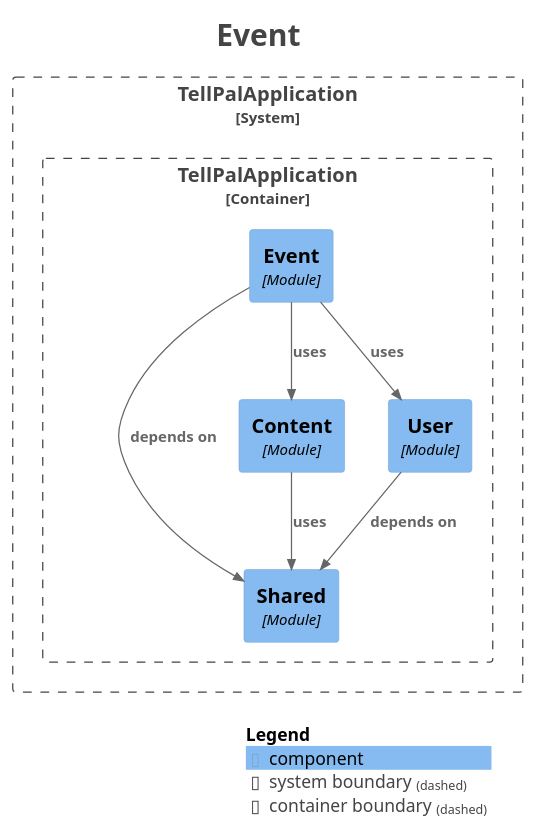
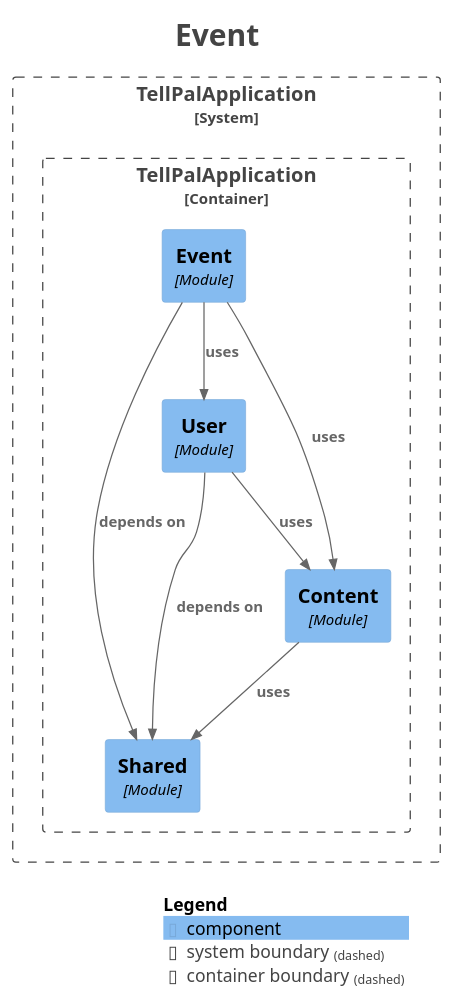
Before and after one commit to gurhann/tellpalv2: the diagram in be/docs/modulith/module-event.puml, drawn with PlantUML. The commit also changed 62 other files, not shown here.

```diff
--- a/be/docs/modulith/module-event.puml
+++ b/be/docs/modulith/module-event.puml
@@ -1,36 +1,37 @@
 @startuml
 title <size:24>Event</size>
 
 set separator none
 top to bottom direction
 
 <style>
   root {
     BackgroundColor: #ffffff
     FontColor: #444444
   }
 </style>
 
 !include <C4/C4>
 !include <C4/C4_Context>
 !include <C4/C4_Component>
 
 System_Boundary("TellPalApplication_boundary", "TellPalApplication", $tags="") {
   Container_Boundary("TellPalApplication.TellPalApplication_boundary", "TellPalApplication", $tags="") {
     Component(TellPalApplication.TellPalApplication.Shared, "Shared", $techn="Module", $descr="", $tags="", $link="")
     Component(TellPalApplication.TellPalApplication.Content, "Content", $techn="Module", $descr="", $tags="", $link="")
     Component(TellPalApplication.TellPalApplication.User, "User", $techn="Module", $descr="", $tags="", $link="")
     Component(TellPalApplication.TellPalApplication.Event, "Event", $techn="Module", $descr="", $tags="", $link="")
   }
 
 }
 
+Rel(TellPalApplication.TellPalApplication.Content, TellPalApplication.TellPalApplication.Shared, "uses", $techn="", $tags="", $link="")
 Rel(TellPalApplication.TellPalApplication.Event, TellPalApplication.TellPalApplication.Shared, "depends on", $techn="", $tags="", $link="")
 Rel(TellPalApplication.TellPalApplication.Event, TellPalApplication.TellPalApplication.Content, "uses", $techn="", $tags="", $link="")
 Rel(TellPalApplication.TellPalApplication.Event, TellPalApplication.TellPalApplication.User, "uses", $techn="", $tags="", $link="")
-Rel(TellPalApplication.TellPalApplication.Content, TellPalApplication.TellPalApplication.Shared, "uses", $techn="", $tags="", $link="")
 Rel(TellPalApplication.TellPalApplication.User, TellPalApplication.TellPalApplication.Shared, "depends on", $techn="", $tags="", $link="")
+Rel(TellPalApplication.TellPalApplication.User, TellPalApplication.TellPalApplication.Content, "uses", $techn="", $tags="", $link="")
 
 SHOW_LEGEND(true)
 hide stereotypes
 @enduml
```
